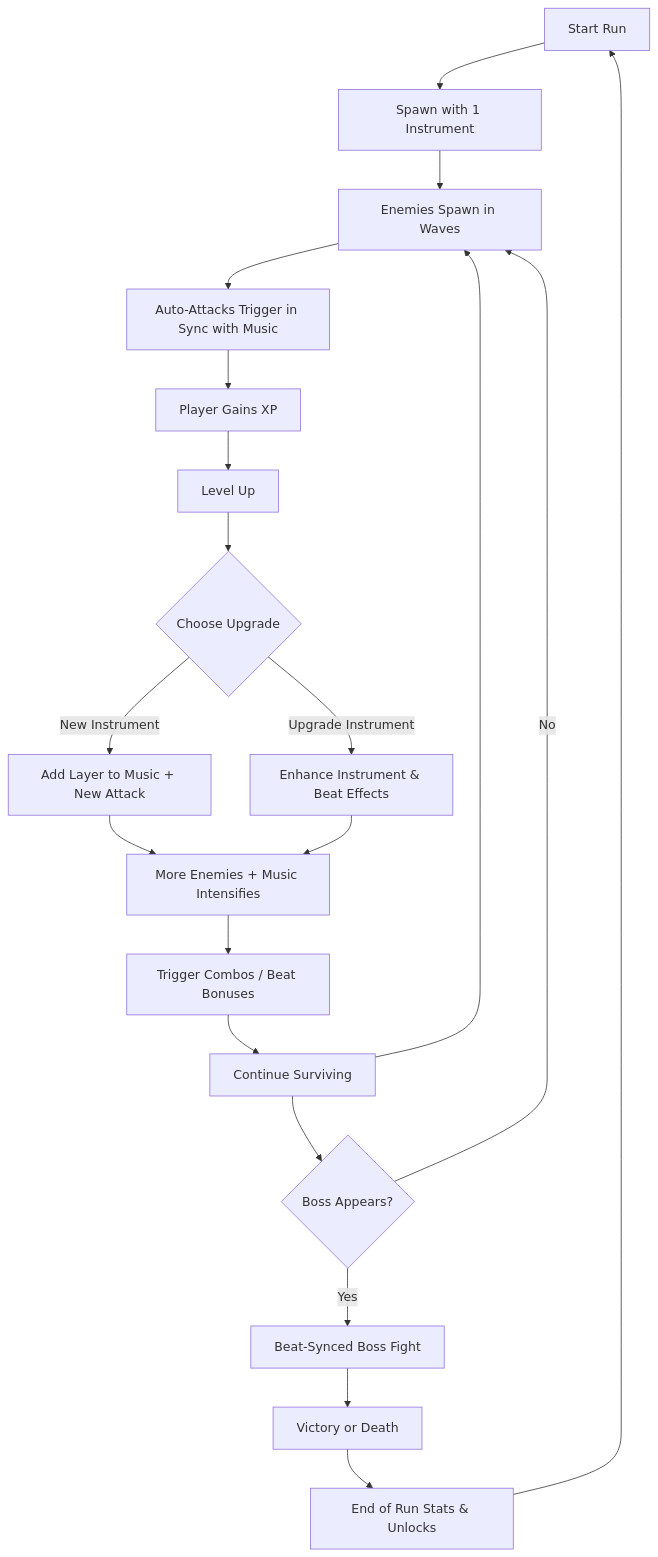
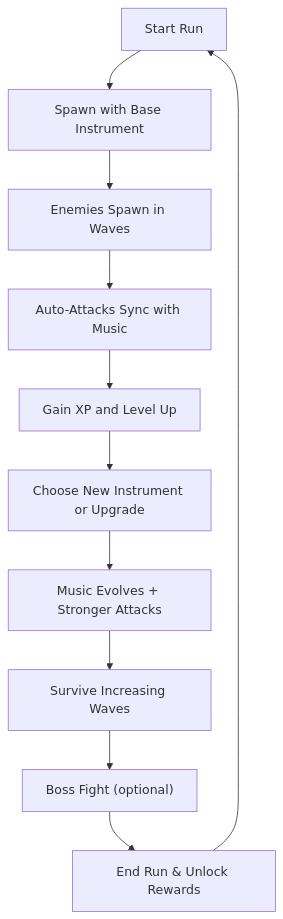
The diagram in docs/gdd.md (DiogoSabec/Rythm-Judgment), drawn with Mermaid before and after one commit. The commit also changed other lines of this file, not shown here.

Commit message:
fix: fixes the giant core loop chart

````diff
--- a/docs/gdd.md
+++ b/docs/gdd.md
@@ -170,22 +170,13 @@
 ```mermaid
 flowchart TD
-    A[Start Run] --> B[Spawn with 1 Instrument]
+    A[Start Run] --> B[Spawn with Base Instrument]
     B --> C[Enemies Spawn in Waves]
-    C --> D[Auto-Attacks Trigger in Sync with Music]
-    D --> E[Player Gains XP]
-    E --> F[Level Up]
-    F --> G{Choose Upgrade}
-    G -->|New Instrument| H[Add Layer to Music + New Attack]
-    G -->|Upgrade Instrument| I[Enhance Instrument & Beat Effects]
-    H --> J[More Enemies + Music Intensifies]
-    I --> J
-    J --> K[Trigger Combos / Beat Bonuses]
-    K --> L[Continue Surviving]
-    L --> C
-    L --> M{Boss Appears?}
-    M -->|No| C
-    M -->|Yes| N[Beat-Synced Boss Fight]
-    N --> O[Victory or Death]
-    O --> P[End of Run Stats & Unlocks]
-    P --> A
+    C --> D[Auto-Attacks Sync with Music]
+    D --> E[Gain XP and Level Up]
+    E --> F[Choose New Instrument or Upgrade]
+    F --> G[Music Evolves + Stronger Attacks]
+    G --> H[Survive Increasing Waves]
+    H --> I["Boss Fight (optional)"]
+    I --> J[End Run & Unlock Rewards]
+    J --> A
 ```
````
